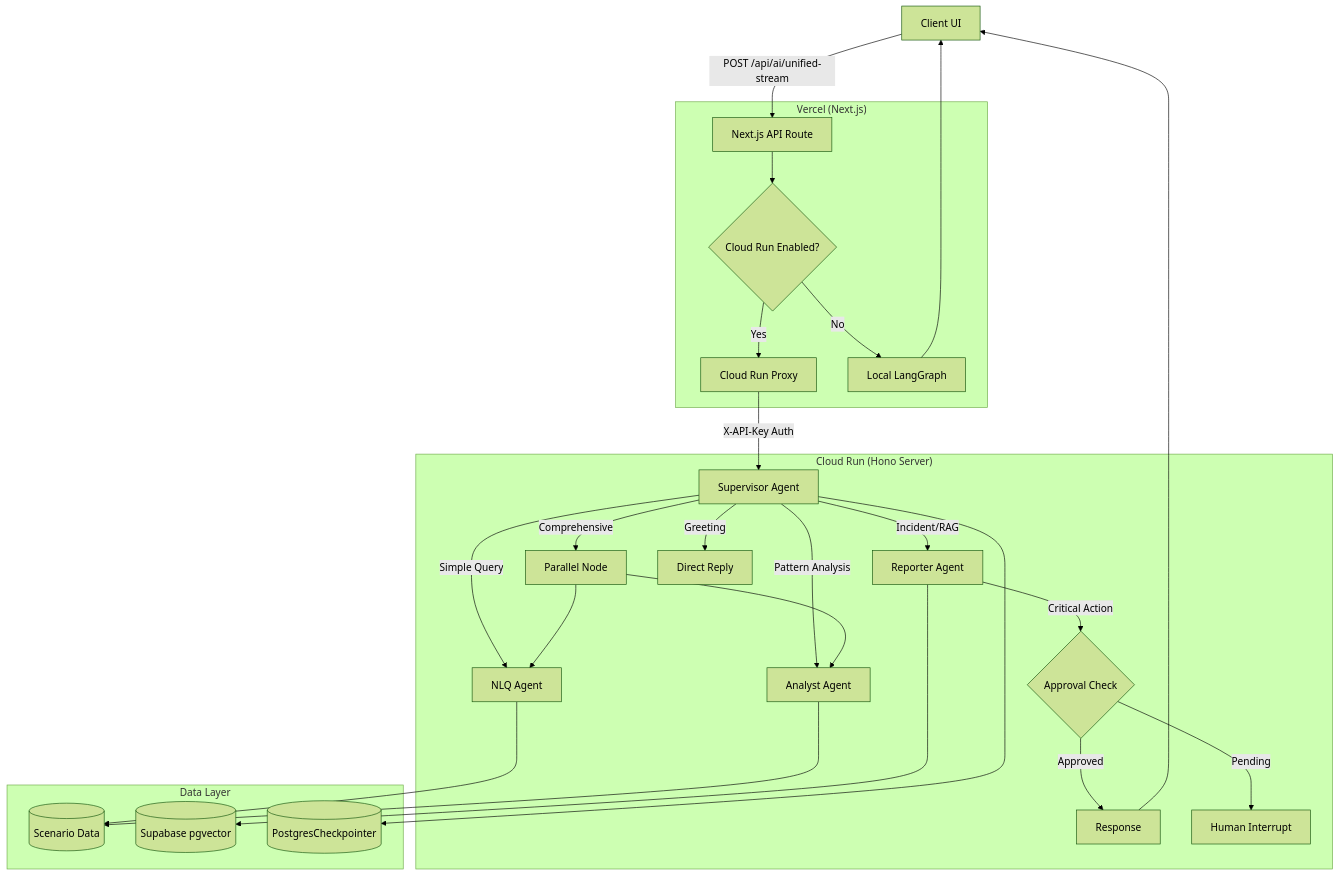
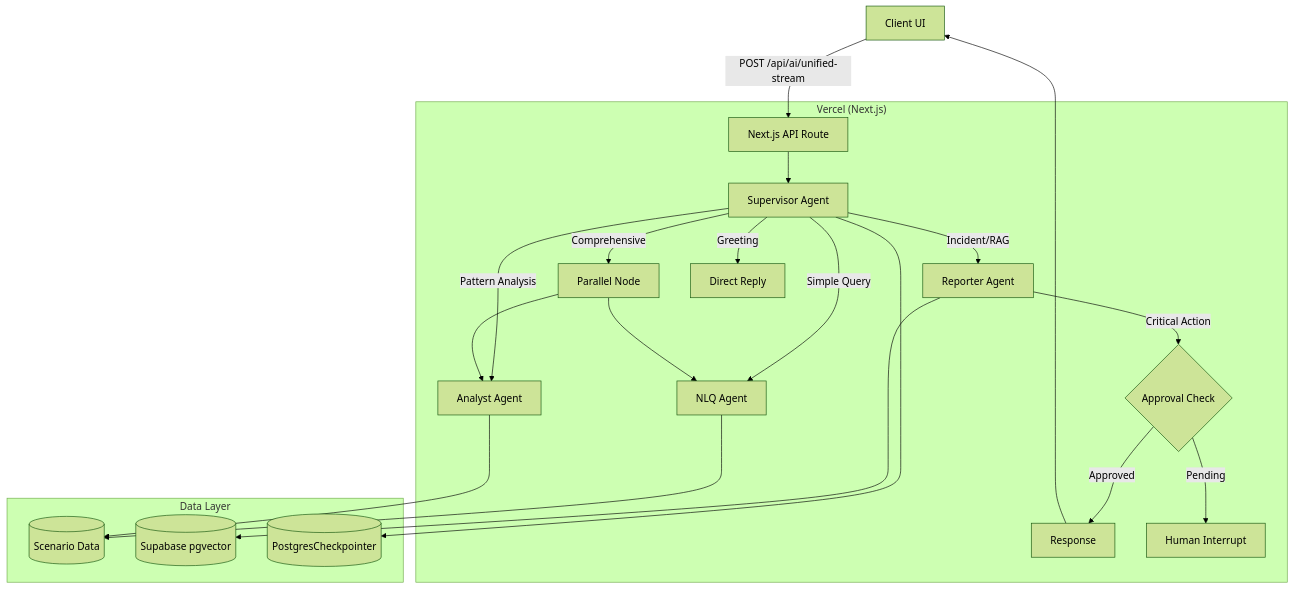
The diagram in docs/core/architecture/AI_ENGINE_ARCHITECTURE.md (skyasu2/openmanager-vibe-v5), drawn with Mermaid (forest theme) before and after one commit. The commit also changed other lines of this file and 31 other files, not shown here.

First line of the commit message:
refactor: remove redundant cloud-run/ai-backend (LangGraph runs on Vercel)

````diff
--- a/docs/core/architecture/AI_ENGINE_ARCHITECTURE.md
+++ b/docs/core/architecture/AI_ENGINE_ARCHITECTURE.md
@@ -44,37 +46,30 @@
 ```mermaid
 graph TD
     Client[Client UI] -->|POST /api/ai/unified-stream| API[Next.js API Route]
 
     subgraph "Vercel (Next.js)"
-        API --> Router{Cloud Run Enabled?}
-        Router -- Yes --> Proxy[Cloud Run Proxy]
-        Router -- No --> LocalGraph[Local LangGraph]
-    end
-
-    subgraph "Cloud Run (Hono Server)"
-        Proxy -->|X-API-Key Auth| Supervisor[Supervisor Agent]
+        API --> Supervisor[Supervisor Agent]
 
         Supervisor -->|Simple Query| NLQ[NLQ Agent]
         Supervisor -->|Pattern Analysis| Analyst[Analyst Agent]
         Supervisor -->|Incident/RAG| Reporter[Reporter Agent]
         Supervisor -->|Comprehensive| Parallel[Parallel Node]
         Supervisor -->|Greeting| Direct[Direct Reply]
 
         Parallel --> NLQ
         Parallel --> Analyst
 
         Reporter -->|Critical Action| Approval{Approval Check}
         Approval -->|Approved| Response[Response]
         Approval -->|Pending| Interrupt[Human Interrupt]
     end
 
     subgraph "Data Layer"
         NLQ --> Metrics[(Scenario Data)]
         Analyst --> Metrics
         Reporter --> RAG[(Supabase pgvector)]
         Supervisor --> Checkpoint[(PostgresCheckpointer)]
     end
 
     Response --> Client
-    LocalGraph --> Client
 ```
````
